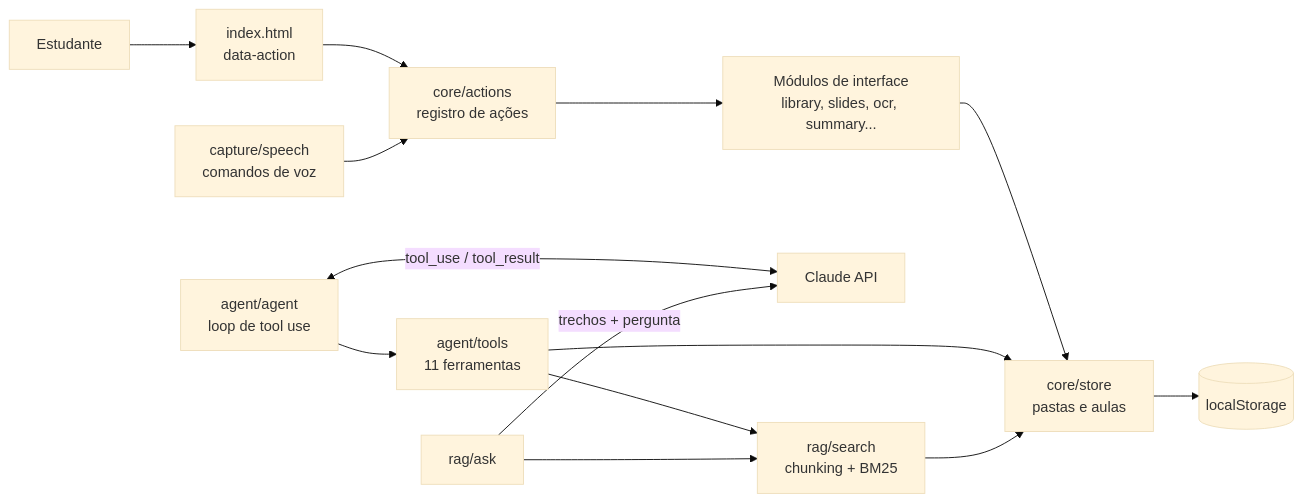
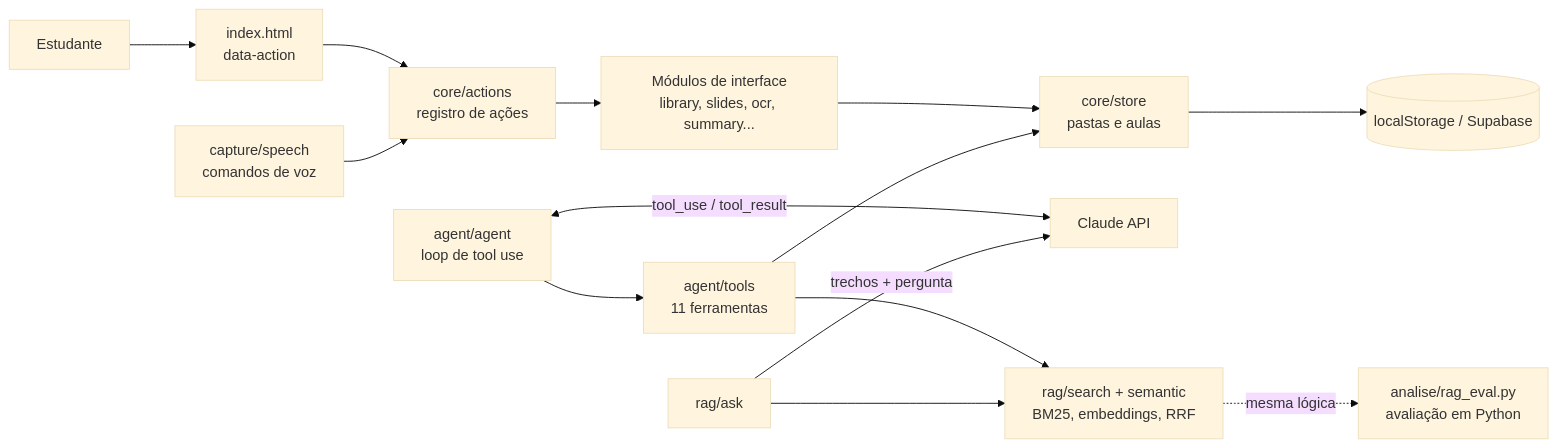
Before and after one commit to anakarollina19/estudaai: the diagram in README.md, drawn with Mermaid (base theme). The commit also changed other lines of this file and 17 other files, not shown here.

First line of the commit message:
Adiciona avaliação estatística do RAG

````diff
--- a/README.md
+++ b/README.md
@@ -53,16 +82,16 @@
 ```mermaid
 flowchart LR
   U[Estudante] --> UI[index.html<br/>data-action]
   UI --> ACT[core/actions<br/>registro de ações]
   VOZ[capture/speech<br/>comandos de voz] --> ACT
   ACT --> MOD[Módulos de interface<br/>library, slides, ocr, summary...]
   MOD --> ST[core/store<br/>pastas e aulas]
-  ST --> LS[(localStorage)]
+  ST --> LS[(localStorage / Supabase)]
   AG[agent/agent<br/>loop de tool use] <-->|tool_use / tool_result| C[Claude API]
   AG --> T[agent/tools<br/>11 ferramentas]
   T --> ST
-  T --> RAG[rag/search<br/>chunking + BM25]
-  RAG --> ST
+  T --> RAG[rag/search + semantic<br/>BM25, embeddings, RRF]
   ASK[rag/ask] --> RAG
   ASK -->|trechos + pergunta| C
+  RAG -. mesma lógica .-> PY[analise/rag_eval.py<br/>avaliação em Python]
 ```
````
